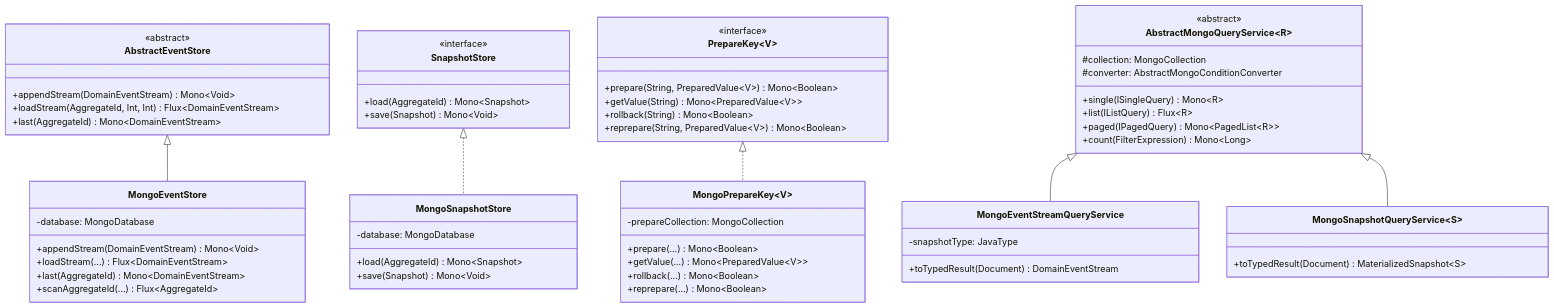
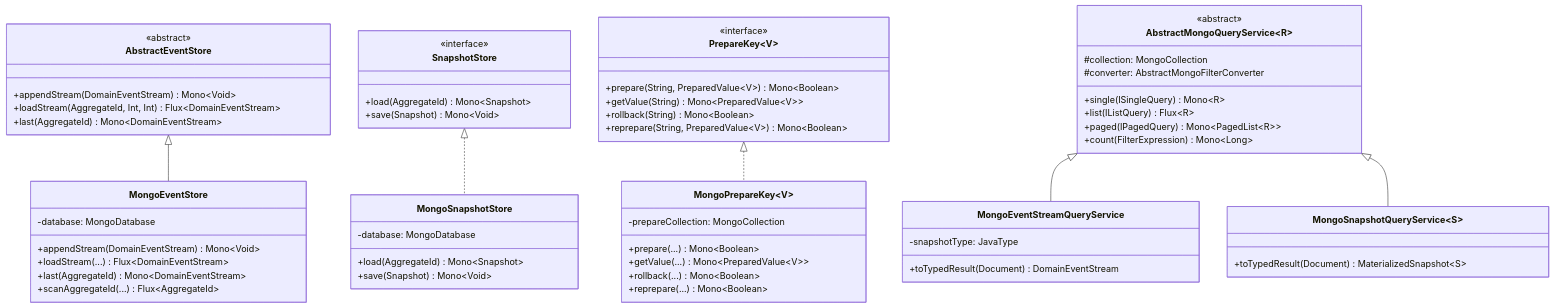
One commit to Ahoo-Wang/Wow changed the third of 3 diagrams in documentation/docs/en/guide/extensions/mongo.md. Above: the diagram before and after it, drawn with Mermaid. The commit also changed other lines of this file and 135 other files, not shown here.

````diff
--- a/documentation/docs/en/guide/extensions/mongo.md
+++ b/documentation/docs/en/guide/extensions/mongo.md
@@ -461,72 +461,72 @@
 ```mermaid
 classDiagram
     direction TB
 
     class AbstractEventStore {
         <<abstract>>
         +appendStream(DomainEventStream) Mono~Void~
         +loadStream(AggregateId, Int, Int) Flux~DomainEventStream~
         +last(AggregateId) Mono~DomainEventStream~
     }
 
     class MongoEventStore {
         -database: MongoDatabase
         +appendStream(DomainEventStream) Mono~Void~
         +loadStream(...) Flux~DomainEventStream~
         +last(AggregateId) Mono~DomainEventStream~
         +scanAggregateId(...) Flux~AggregateId~
     }
 
     class SnapshotStore {
         <<interface>>
         +load(AggregateId) Mono~Snapshot~
         +save(Snapshot) Mono~Void~
     }
 
     class MongoSnapshotStore {
         -database: MongoDatabase
         +load(AggregateId) Mono~Snapshot~
         +save(Snapshot) Mono~Void~
     }
 
     class PrepareKey~V~ {
         <<interface>>
         +prepare(String, PreparedValue~V~) Mono~Boolean~
         +getValue(String) Mono~PreparedValue~V~~
         +rollback(String) Mono~Boolean~
         +reprepare(String, PreparedValue~V~) Mono~Boolean~
     }
 
     class MongoPrepareKey~V~ {
         -prepareCollection: MongoCollection
         +prepare(...) Mono~Boolean~
         +getValue(...) Mono~PreparedValue~V~~
         +rollback(...) Mono~Boolean~
         +reprepare(...) Mono~Boolean~
     }
 
     class AbstractMongoQueryService~R~ {
         <<abstract>>
         #collection: MongoCollection
-        #converter: AbstractMongoConditionConverter
+        #converter: AbstractMongoFilterConverter
         +single(ISingleQuery) Mono~R~
         +list(IListQuery) Flux~R~
         +paged(IPagedQuery) Mono~PagedList~R~~
         +count(FilterExpression) Mono~Long~
     }
 
     class MongoEventStreamQueryService {
         -snapshotType: JavaType
         +toTypedResult(Document) DomainEventStream
     }
 
     class MongoSnapshotQueryService~S~ {
         +toTypedResult(Document) MaterializedSnapshot~S~
     }
 
     AbstractEventStore <|-- MongoEventStore
     SnapshotStore <|.. MongoSnapshotStore
     PrepareKey <|.. MongoPrepareKey
     AbstractMongoQueryService <|-- MongoEventStreamQueryService
     AbstractMongoQueryService <|-- MongoSnapshotQueryService
 ```
````
